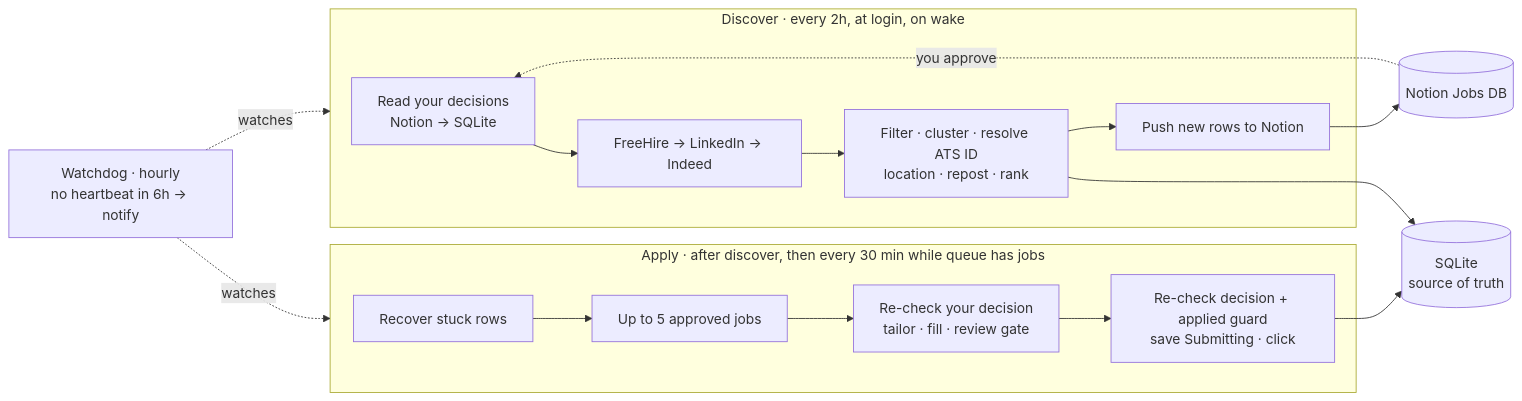
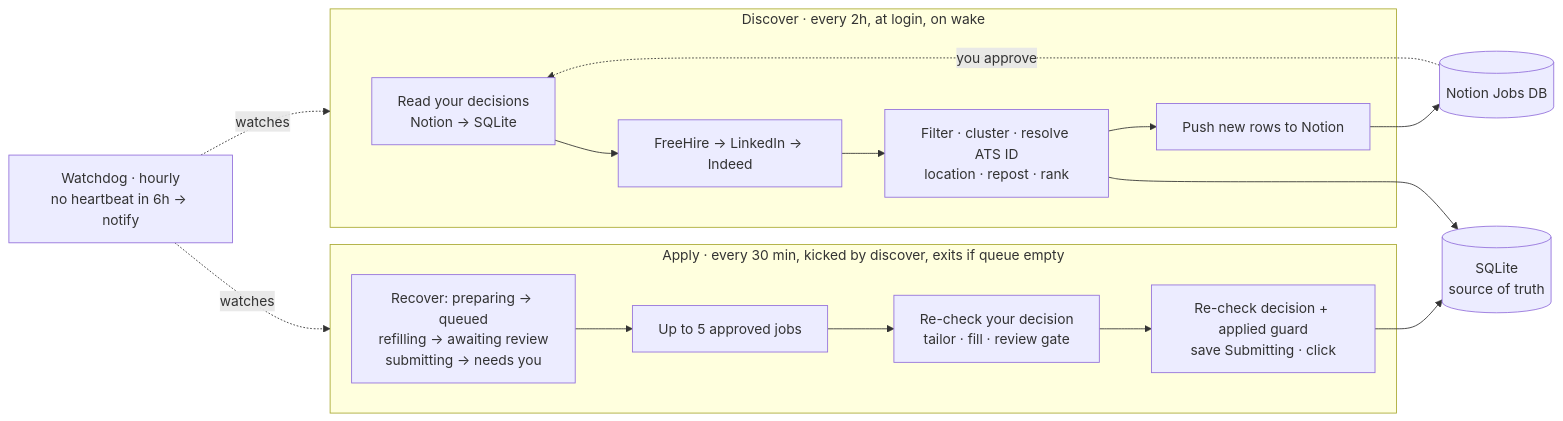
Before and after one commit to shariqanwar20/Job-Applier: the first of 7 diagrams in docs/architecture.md, drawn with Mermaid. The commit also changed other lines of this file and 1 other file, not shown here.

Commit message:
Apply final design review fixes (spec v5)

````diff
--- a/docs/architecture.md
+++ b/docs/architecture.md
@@ -11,22 +11,22 @@
 ```mermaid
 flowchart LR
   subgraph D["Discover · every 2h, at login, on wake"]
     D0["Read your decisions<br/>Notion → SQLite"] --> D1["FreeHire → LinkedIn → Indeed"]
     D1 --> D2["Filter · cluster · resolve ATS ID<br/>location · repost · rank"]
     D2 --> D3["Push new rows to Notion"]
   end
-  subgraph A["Apply · after discover, then every 30 min while queue has jobs"]
-    A0["Recover stuck rows"] --> A1["Up to 5 approved jobs"]
+  subgraph A["Apply · every 30 min, kicked by discover, exits if queue empty"]
+    A0["Recover: preparing → queued<br/>refilling → awaiting review<br/>submitting → needs you"] --> A1["Up to 5 approved jobs"]
     A1 --> A2["Re-check your decision<br/>tailor · fill · review gate"]
     A2 --> A3["Re-check decision + applied guard<br/>save Submitting · click"]
   end
   W["Watchdog · hourly<br/>no heartbeat in 6h → notify"]
   N[("Notion Jobs DB")]
   S[("SQLite<br/>source of truth")]
   D3 --> N
   N -. "you approve" .-> D0
   A3 --> S
   D2 --> S
   W -. watches .-> D
   W -. watches .-> A
 ```
````
